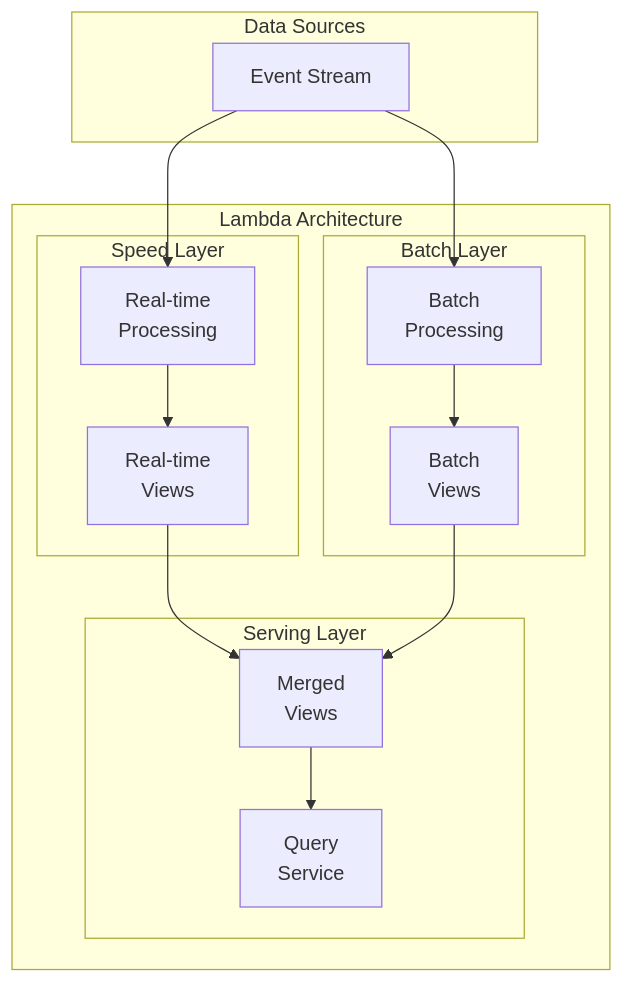
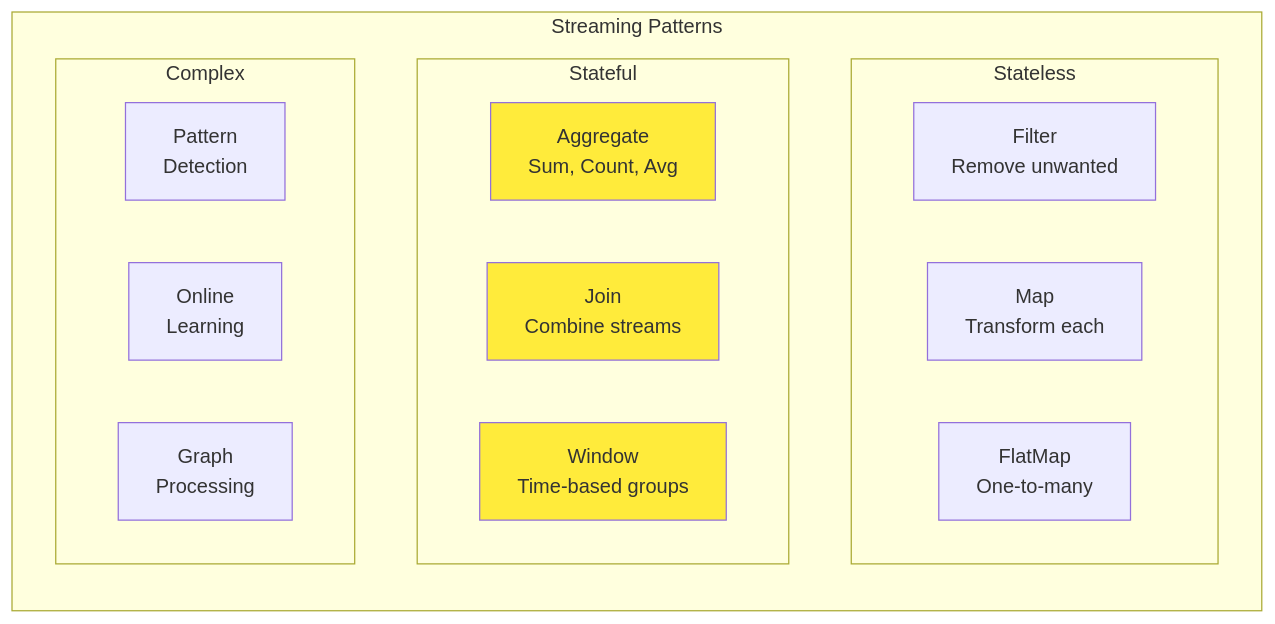
The third of 9 diagrams in docs/pattern-library/architecture/event-streaming.md (deepaucksharma/DStudio), drawn with Mermaid before and after one commit. The commit also changed other lines of this file and 8 other files, not shown here.

````diff
--- a/docs/pattern-library/architecture/event-streaming.md
+++ b/docs/pattern-library/architecture/event-streaming.md
@@ -204,31 +191,26 @@
 ```mermaid
-graph TB
-    subgraph "Data Sources"
-        DS[Event Stream]
-    end
-    
-    subgraph "Lambda Architecture"
-        subgraph "Speed Layer"
-            RT[Real-time<br/>Processing]
-            RV[Real-time<br/>Views]
+graph LR
+    subgraph "Streaming Patterns"
+        subgraph "Stateless"
+            Filter[Filter<br/>Remove unwanted]
+            Map[Map<br/>Transform each]
+            FlatMap[FlatMap<br/>One-to-many]
         end
         
-        subgraph "Batch Layer"
-            BT[Batch<br/>Processing]
-            BV[Batch<br/>Views]
+        subgraph "Stateful"
+            Aggregate[Aggregate<br/>Sum, Count, Avg]
+            Join[Join<br/>Combine streams]
+            Window[Window<br/>Time-based groups]
         end
         
-        subgraph "Serving Layer"
-            SL[Query<br/>Service]
-            MV[Merged<br/>Views]
+        subgraph "Complex"
+            CEP[Pattern<br/>Detection]
+            ML[Online<br/>Learning]
+            Graph[Graph<br/>Processing]
         end
     end
     
-    DS --> RT
-    DS --> BT
-    RT --> RV
-    BT --> BV
-    RV --> MV
-    BV --> MV
-    MV --> SL
+    style Aggregate fill:#ffeb3b
+    style Join fill:#ffeb3b
+    style Window fill:#ffeb3b
 ```
````
